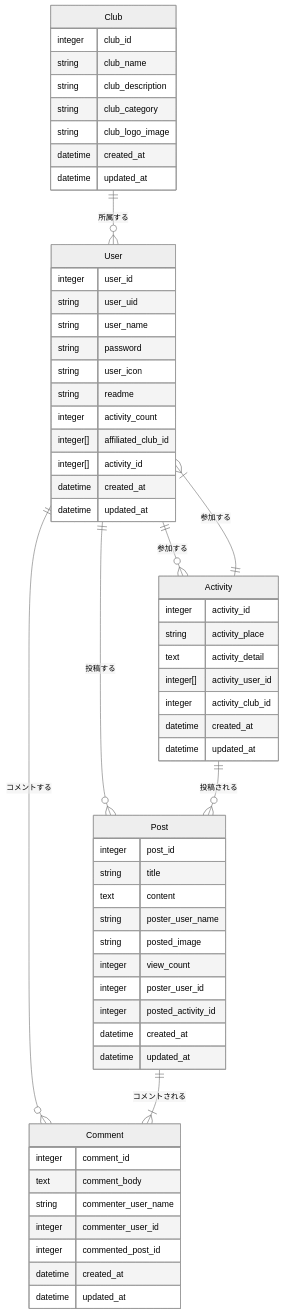
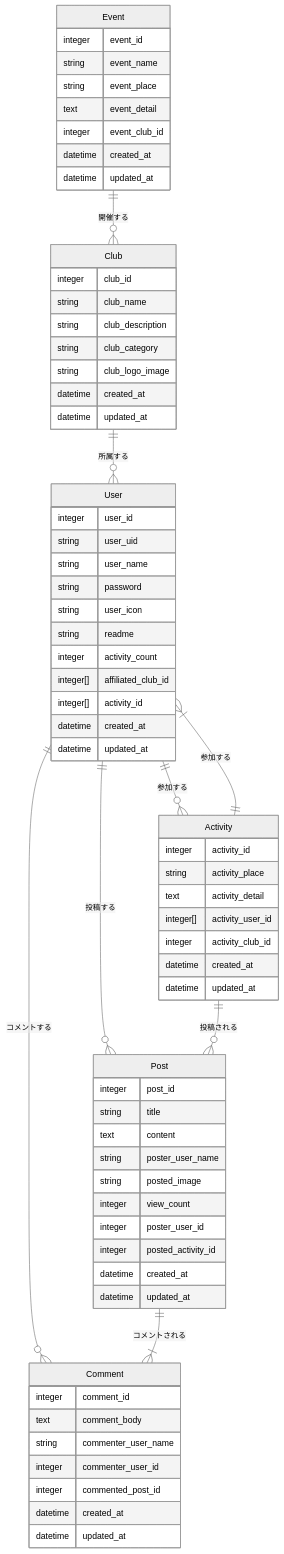
Before and after one commit to yumekiti-archive/ClubsActivity: the second of 2 diagrams in README.md, drawn with Mermaid (neutral theme). The commit also changed other lines of this file, not shown here.

Commit message:
`add` event data

````diff
--- a/README.md
+++ b/README.md
@@ -120,63 +127,73 @@
 ```mermaid
 erDiagram
     User ||--o{ Activity : "参加する"
     User ||--o{ Post : "投稿する"
     User ||--o{ Comment : "コメントする"
     Club ||--o{ User : "所属する"
     Activity ||--o{ Post : "投稿される"
     Activity ||--|{ User : "参加する"
     Post ||--|{ Comment : "コメントされる"
+    Event ||--o{ Club : "開催する"
     User {
         integer user_id
         string user_uid
         string user_name
         string password
         string user_icon
         string readme
         integer activity_count
         integer[] affiliated_club_id
         integer[] activity_id
         datetime created_at
         datetime updated_at
     }
     Club {
         integer club_id
         string club_name
         string club_description
         string club_category
         string club_logo_image
         datetime created_at
         datetime updated_at
     }
     Activity {
         integer activity_id
         string activity_place
         text activity_detail
         integer[] activity_user_id
         integer activity_club_id
         datetime created_at
         datetime updated_at
     }
+    Event {
+        integer event_id
+        string event_name
+        string event_place
+        text event_detail
+        integer event_club_id
+        datetime created_at
+        datetime updated_at
+    }
     Post {
         integer post_id
         string title
         text content
         string poster_user_name
         string posted_image
         integer view_count
         integer poster_user_id
         integer posted_activity_id
         datetime created_at
         datetime updated_at
     }
     Comment {
         integer comment_id
         text comment_body
         string commenter_user_name
         integer commenter_user_id
         integer commented_post_id
         datetime created_at
         datetime updated_at
     }
 
 ```
````
